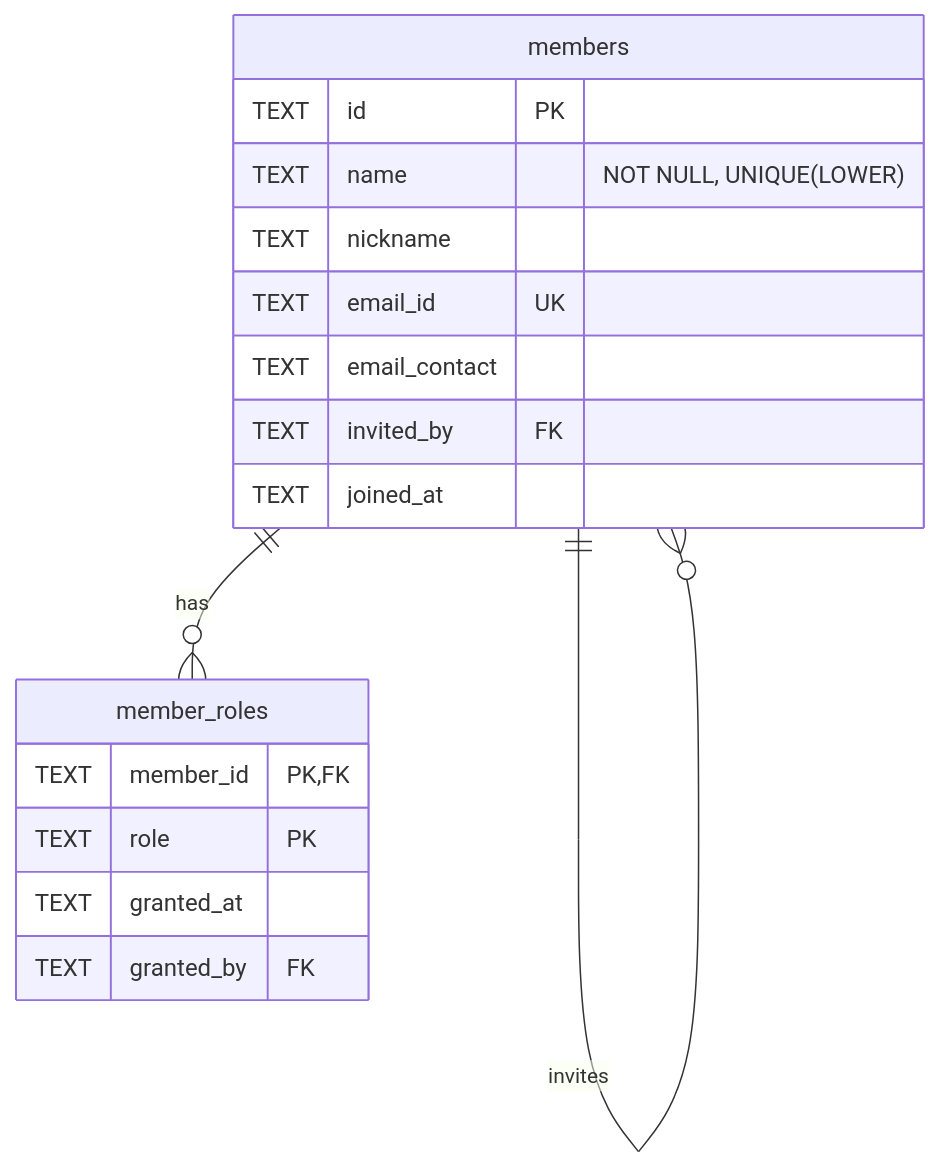
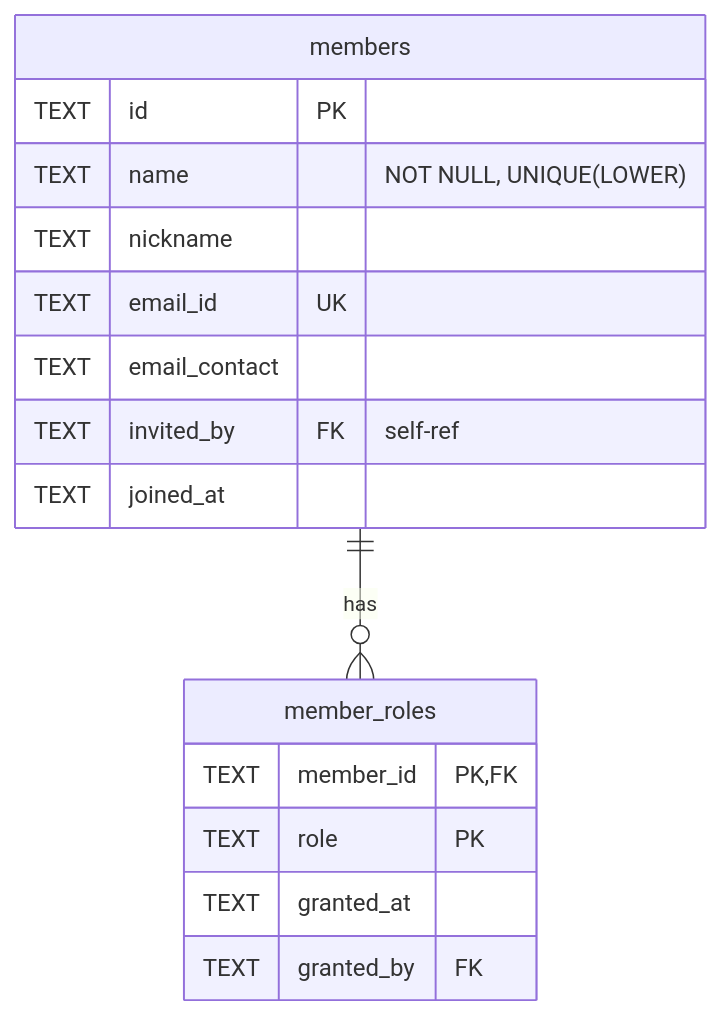
One commit to mitselek/polyphony changed the first of 6 diagrams in docs/DATABASE-SCHEMA.md. Above: the diagram before and after it, drawn with Mermaid.

Commit message:
docs: fix confusing self-referential arrow in Core Entities ERD
Remove members→members 'invites' line that rendered poorly and was
confusing (looked like it referred to invites table). The invited_by
FK now has 'self-ref' comment to clarify the relationship.

````diff
--- a/docs/DATABASE-SCHEMA.md
+++ b/docs/DATABASE-SCHEMA.md
@@ -9,22 +9,21 @@
 ```mermaid
 erDiagram
     members ||--o{ member_roles : "has"
-    members ||--o{ members : "invites"
 
     members {
         TEXT id PK
         TEXT name "NOT NULL, UNIQUE(LOWER)"
         TEXT nickname
         TEXT email_id UK
         TEXT email_contact
-        TEXT invited_by FK
+        TEXT invited_by FK "self-ref"
         TEXT joined_at
     }
 
     member_roles {
         TEXT member_id PK,FK
         TEXT role PK
         TEXT granted_at
         TEXT granted_by FK
     }
 ```
````
